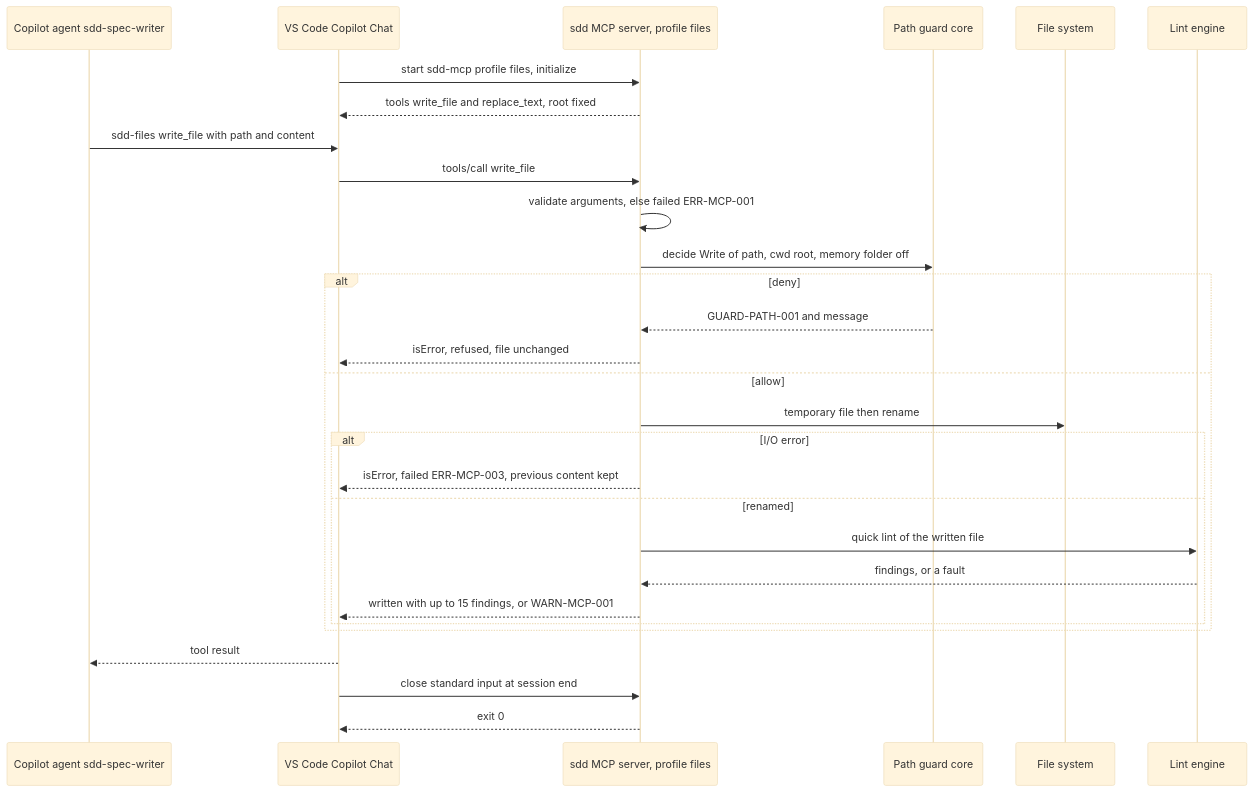
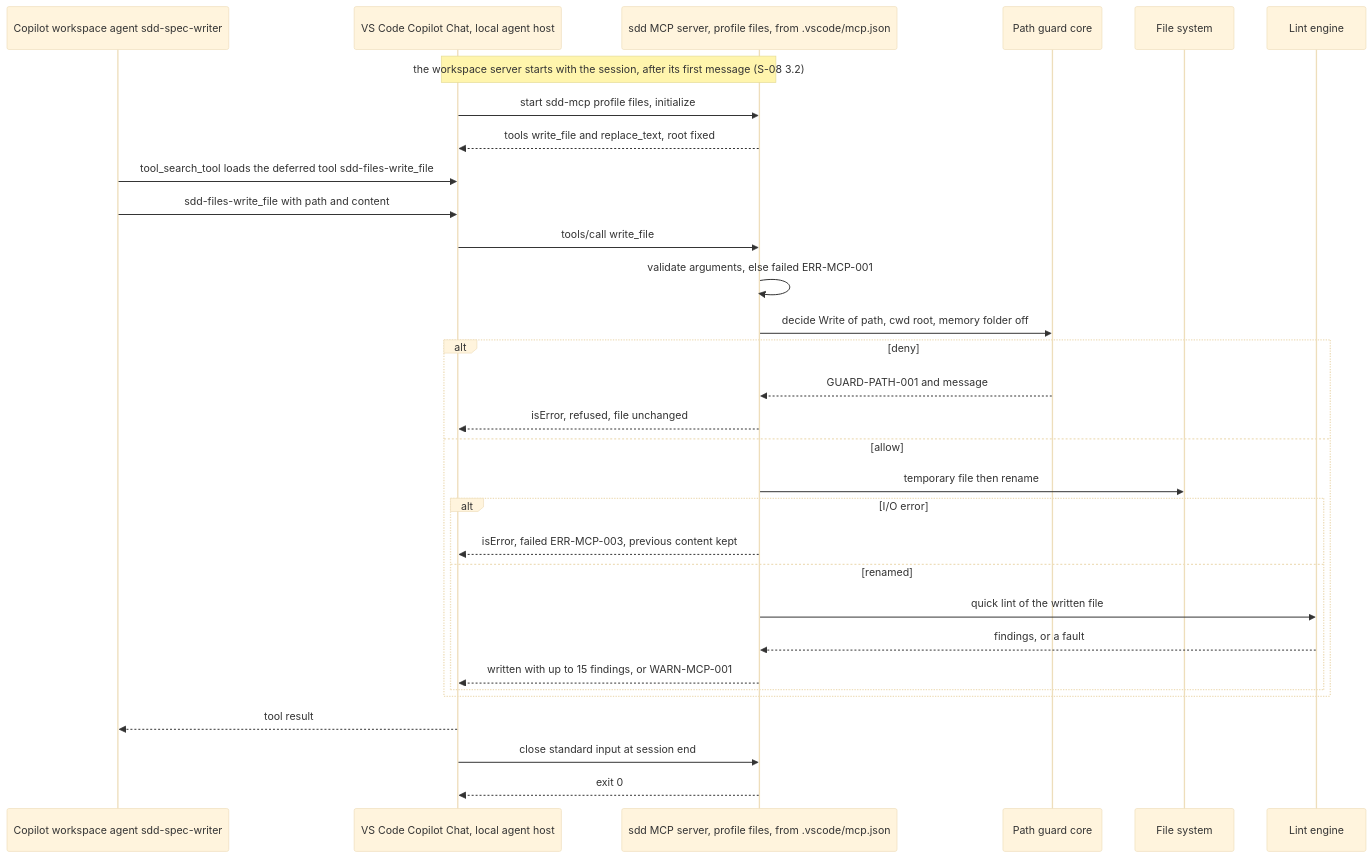
One commit to jlacube/spec-architect changed the fourth of 15 diagrams in .sdd/002-multi-platform-targets/10-spec/60-architecture/architecture.md. Above: the diagram before and after it, drawn with Mermaid (base theme). The commit also changed other lines of this file and 15 other files, not shown here.

Commit message:
CHG-002: D-003 revision (architect) — Copilot package layout, sdd install copilot, Copilot guard hook by agent_type, naming, ERR-CLI-021/022, flow F13

````diff
--- a/.sdd/002-multi-platform-targets/10-spec/60-architecture/architecture.md
+++ b/.sdd/002-multi-platform-targets/10-spec/60-architecture/architecture.md
@@ -479,32 +500,34 @@
 ```mermaid
 sequenceDiagram
   %% F3 Copilot write through sdd-files. Realizes C002-TS-401 C002-TS-402 C002-TS-404 C002-TS-405 C002-TS-410 C002-TS-413 C002-TS-414 C002-TS-415
-  participant C002_COMP_004 as Copilot agent sdd-spec-writer
-  participant VSC as VS Code Copilot Chat
-  participant C002_COMP_005 as sdd MCP server, profile files
+  participant C002_COMP_004 as Copilot workspace agent sdd-spec-writer
+  participant VSC as VS Code Copilot Chat, local agent host
+  participant C002_COMP_005 as sdd MCP server, profile files, from .vscode/mcp.json
   participant C002_COMP_012 as Path guard core
   participant FS as File system
   participant C001_COMP_04 as Lint engine
+  Note over VSC,C002_COMP_005: the workspace server starts with the session, after its first message (S-08 3.2)
   VSC->>C002_COMP_005: start sdd-mcp profile files, initialize
   C002_COMP_005-->>VSC: tools write_file and replace_text, root fixed
-  C002_COMP_004->>VSC: sdd-files write_file with path and content
+  C002_COMP_004->>VSC: tool_search_tool loads the deferred tool sdd-files-write_file
+  C002_COMP_004->>VSC: sdd-files-write_file with path and content
   VSC->>C002_COMP_005: tools/call write_file
   C002_COMP_005->>C002_COMP_005: validate arguments, else failed ERR-MCP-001
   C002_COMP_005->>C002_COMP_012: decide Write of path, cwd root, memory folder off
   alt deny
     C002_COMP_012-->>C002_COMP_005: GUARD-PATH-001 and message
     C002_COMP_005-->>VSC: isError, refused, file unchanged
   else allow
     C002_COMP_005->>FS: temporary file then rename
     alt I/O error
       C002_COMP_005-->>VSC: isError, failed ERR-MCP-003, previous content kept
     else renamed
       C002_COMP_005->>C001_COMP_04: quick lint of the written file
       C001_COMP_04-->>C002_COMP_005: findings, or a fault
       C002_COMP_005-->>VSC: written with up to 15 findings, or WARN-MCP-001
     end
   end
   VSC-->>C002_COMP_004: tool result
   VSC->>C002_COMP_005: close standard input at session end
   C002_COMP_005-->>VSC: exit 0
 ```
````
